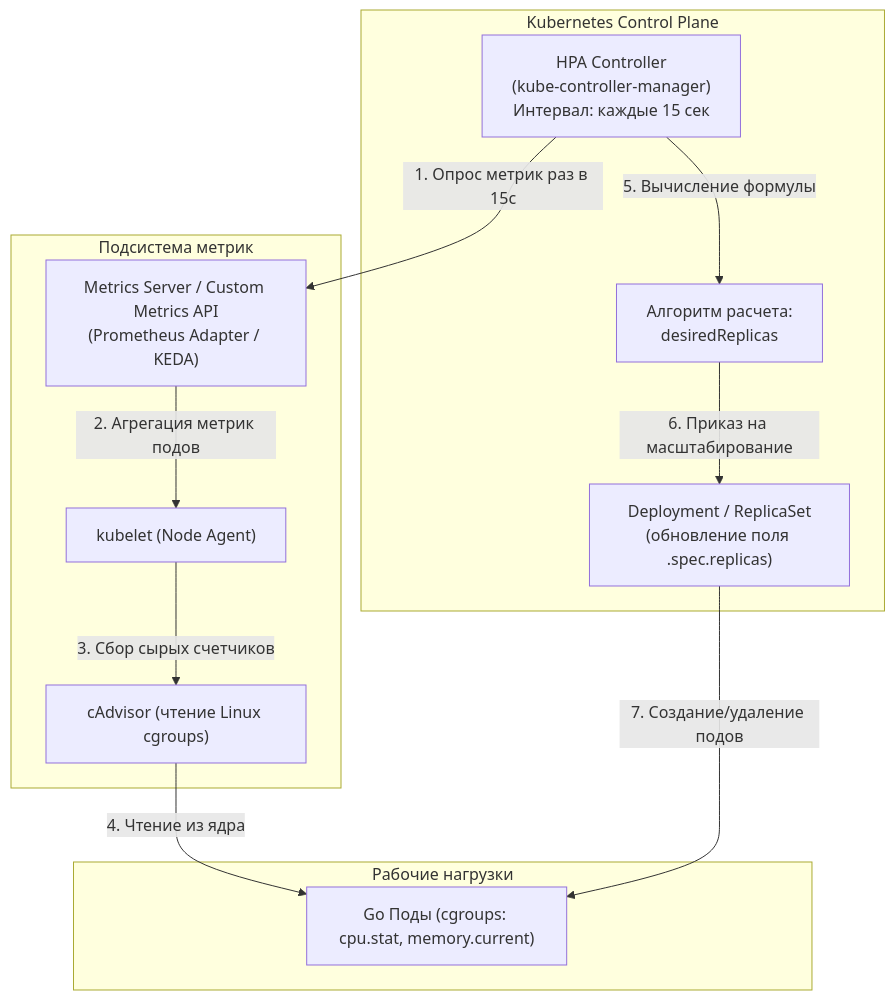
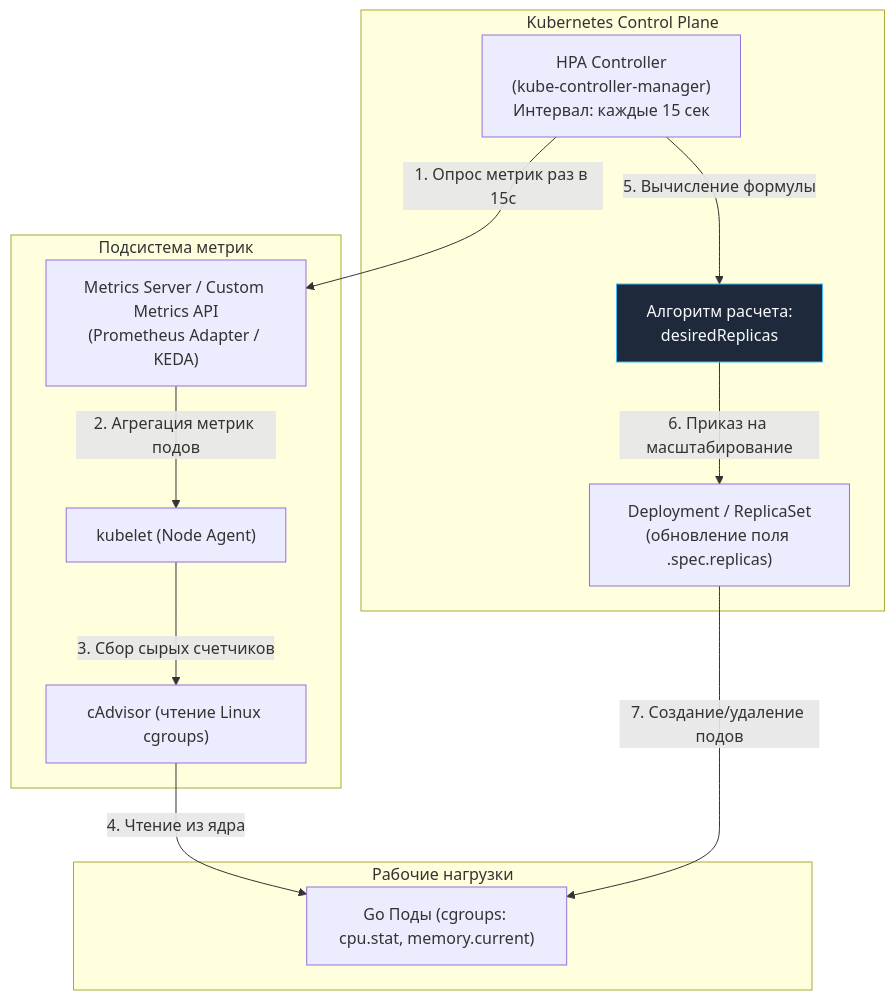
Before and after one commit to UnrealTemplier/go-textbook: the second of 5 diagrams in sources/14. Распределенные системы на Go/07. Kubernetes и деплой/5. Horizontal scaling.md, drawn with Mermaid. The commit also changed other lines of this file and 1666 other files, not shown here.

First line of the commit message:
feat(mermaid): add semantic color classDef to 1369 colorless flowchart/graph diagrams

````diff
--- a/sources/14. Распределенные системы на Go/07. Kubernetes и деплой/5. Horizontal scaling.md
+++ b/sources/14. Распределенные системы на Go/07. Kubernetes и деплой/5. Horizontal scaling.md
@@ -36,26 +46,36 @@
 ```mermaid
 flowchart TD
+    classDef process  fill:#1e293b,stroke:#38bdf8,stroke-width:1px,color:#f8fafc
+    classDef success  fill:#064e3b,stroke:#34d399,stroke-width:1px,color:#f8fafc
+    classDef error    fill:#7f1d1d,stroke:#f87171,stroke-width:1px,color:#f8fafc
+    classDef warning  fill:#78350f,stroke:#fbbf24,stroke-width:1px,color:#f8fafc
+    classDef entry    fill:#1e3a5f,stroke:#38bdf8,stroke-width:2px,color:#f8fafc
+    classDef aux      fill:#334155,stroke:#64748b,stroke-width:1px,color:#f8fafc
+    classDef system   fill:#312e81,stroke:#a78bfa,stroke-width:1px,color:#f8fafc
+    classDef data     fill:#132d29,stroke:#2dd4bf,stroke-width:1px,color:#f8fafc
+    classDef network  fill:#881337,stroke:#fb7185,stroke-width:1px,color:#f8fafc
+    classDef accent   fill:#1e1b4b,stroke:#818cf8,stroke-width:1px,color:#f8fafc
     subgraph K8s_ControlPlane["Kubernetes Control Plane"]
         HPA["HPA Controller\n(kube-controller-manager)\nИнтервал: каждые 15 сек"]
-        Formula["Алгоритм расчета:\ndesiredReplicas"]
+        Formula["Алгоритм расчета:\ndesiredReplicas"]:::process
         Deploy["Deployment / ReplicaSet\n(обновление поля .spec.replicas)"]
     end
 
     subgraph MetricsSubsystem["Подсистема метрик"]
         MS["Metrics Server / Custom Metrics API\n(Prometheus Adapter / KEDA)"]
         Kubelet["kubelet (Node Agent)"]
         cAdvisor["cAdvisor (чтение Linux cgroups)"]
     end
 
     subgraph Workloads["Рабочие нагрузки"]
         GoPods["Go Поды (cgroups: cpu.stat, memory.current)"]
     end
 
     HPA -->|"1. Опрос метрик раз в 15с"| MS
     MS -->|"2. Агрегация метрик подов"| Kubelet
     Kubelet -->|"3. Сбор сырых счетчиков"| cAdvisor
     cAdvisor -->|"4. Чтение из ядра"| GoPods
     HPA -->|"5. Вычисление формулы"| Formula
     Formula -->|"6. Приказ на масштабирование"| Deploy
     Deploy -->|"7. Создание/удаление подов"| GoPods
 ```
````
